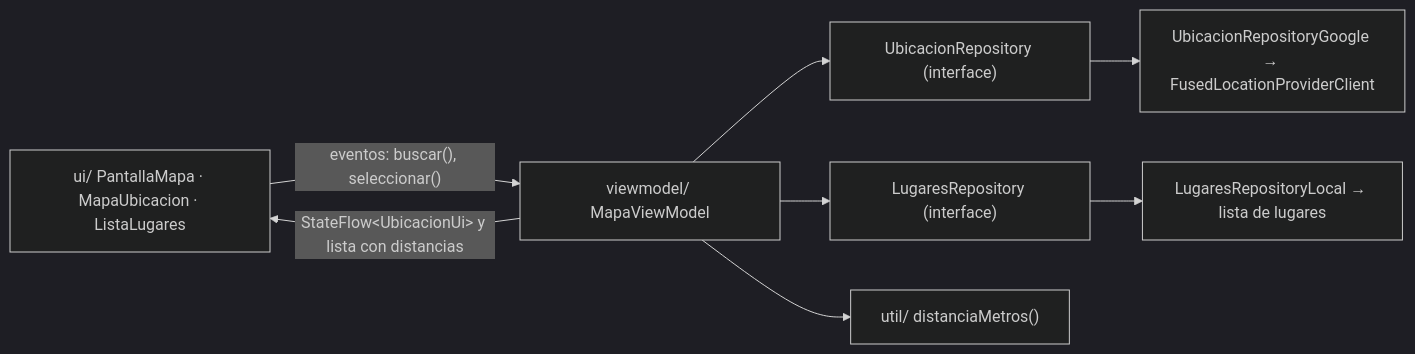
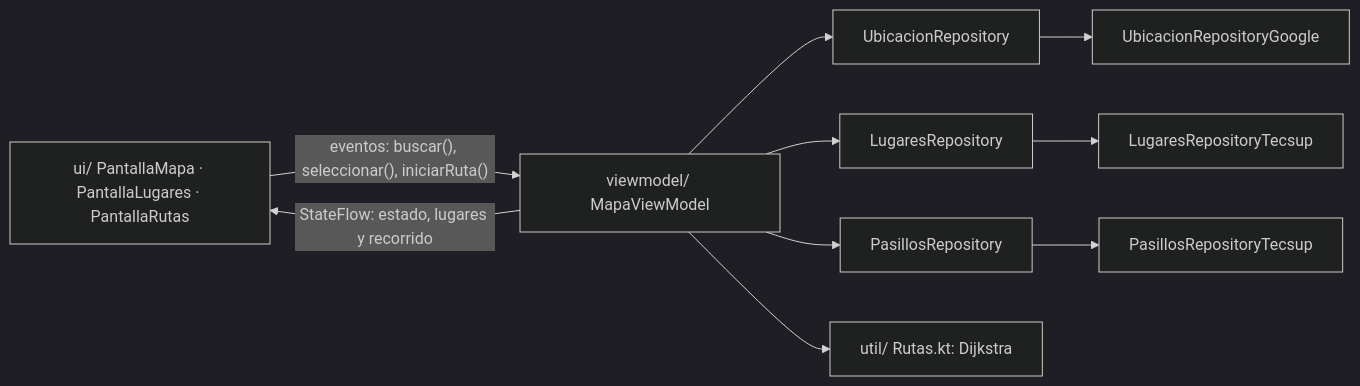
One commit to diegoz-netizen/ProgramacionMoviles_Panez changed the diagram in Lab13/README.md. Above: the diagram before and after it, drawn with Mermaid (dark theme). The commit also changed other lines of this file and 6 other files, not shown here.

````diff
--- a/Lab13/README.md
+++ b/Lab13/README.md
@@ -47,10 +71,12 @@
 ```mermaid
 flowchart LR
-    UI["ui/ PantallaMapa · MapaUbicacion · ListaLugares"] -- "eventos: buscar(), seleccionar()" --> VM["viewmodel/ MapaViewModel"]
-    VM -- "StateFlow&lt;UbicacionUi&gt; y lista con distancias" --> UI
-    VM --> UR["UbicacionRepository (interface)"]
-    VM --> LR["LugaresRepository (interface)"]
-    UR --> URG["UbicacionRepositoryGoogle → FusedLocationProviderClient"]
-    LR --> LRL["LugaresRepositoryLocal → lista de lugares"]
-    VM --> D["util/ distanciaMetros()"]
+    UI["ui/ PantallaMapa · PantallaLugares · PantallaRutas"] -- "eventos: buscar(), seleccionar(), iniciarRuta()" --> VM["viewmodel/ MapaViewModel"]
+    VM -- "StateFlow: estado, lugares y recorrido" --> UI
+    VM --> UR["UbicacionRepository"]
+    VM --> LR["LugaresRepository"]
+    VM --> PR["PasillosRepository"]
+    UR --> URG["UbicacionRepositoryGoogle"]
+    LR --> LRT["LugaresRepositoryTecsup"]
+    PR --> PRT["PasillosRepositoryTecsup"]
+    VM --> D["util/ Rutas.kt: Dijkstra"]
 ```
````
